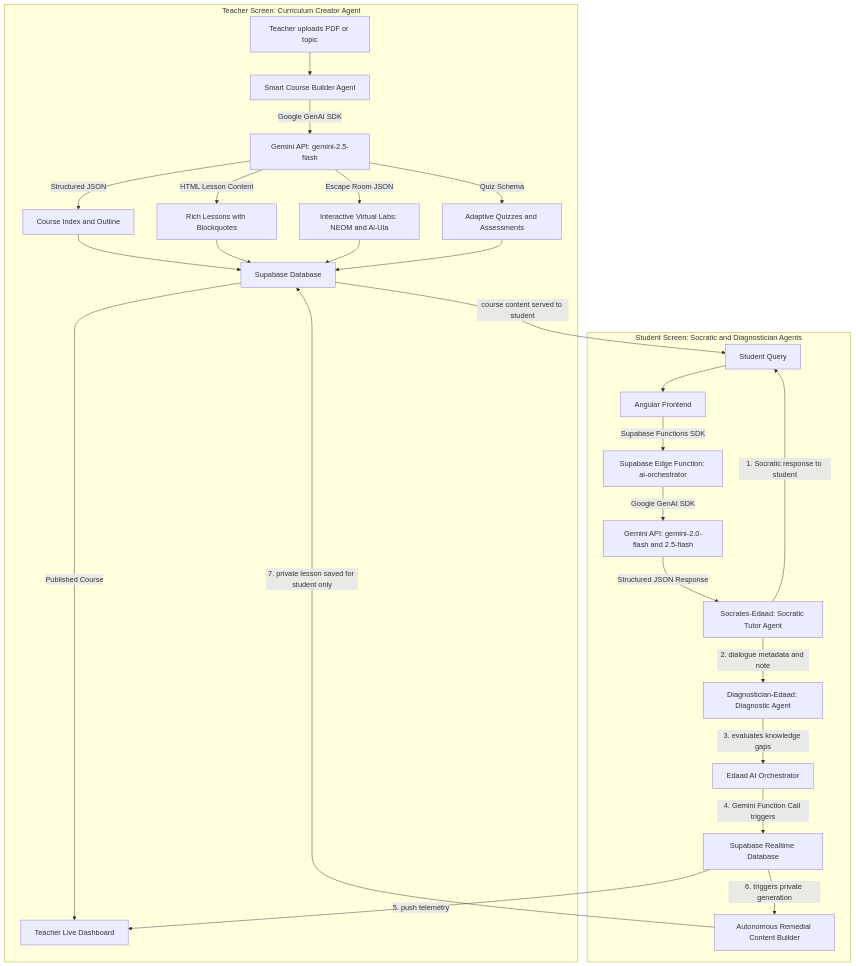
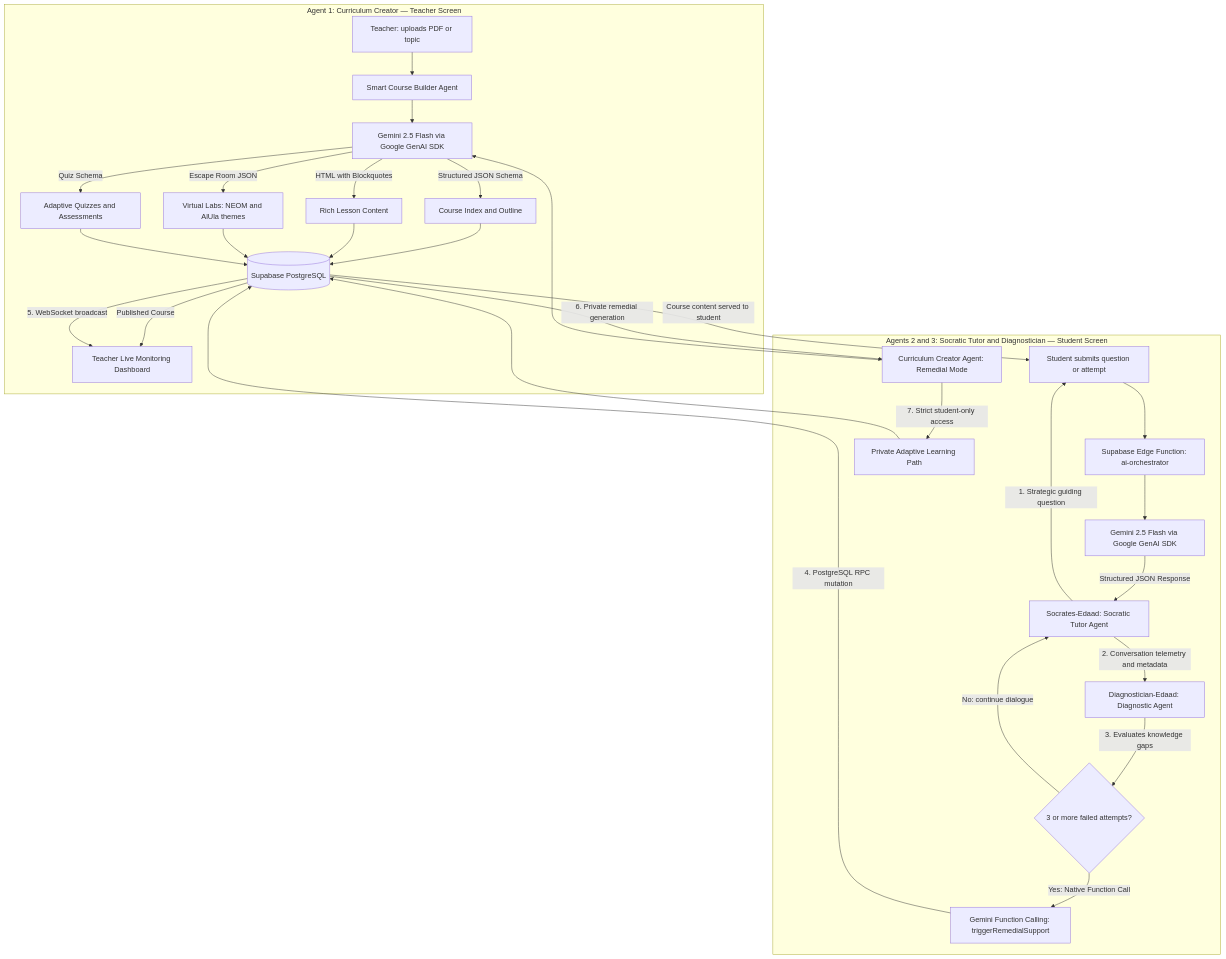
One commit to abutameemrdp/edaad-ai-agents-challenge changed the diagram in README.md. Above: the diagram before and after it, drawn with Mermaid. The commit also changed other lines of this file and 1 other file, not shown here.

Commit message:
feat: complete rewrite - Gemini 2.5 Flash engine, Gemini 3.0 ready, full agent deep-dive, production security standards

````diff
--- a/README.md
+++ b/README.md
@@ -16,32 +23,35 @@
 ```mermaid
 graph TD
-    subgraph TeacherAgent [" Teacher Screen: Curriculum Creator Agent "]
-        Teacher[Teacher uploads PDF or topic] --> CourseBuilder[Smart Course Builder Agent]
-        CourseBuilder -->|Google GenAI SDK| GeminiCB[Gemini API: gemini-2.5-flash]
-        GeminiCB -->|Structured JSON| CourseIndex[Course Index and Outline]
-        GeminiCB -->|HTML Lesson Content| Lessons[Rich Lessons with Blockquotes]
-        GeminiCB -->|Escape Room JSON| Labs[Interactive Virtual Labs: NEOM and Al-Ula]
+    subgraph TeacherAgent [" Agent 1: Curriculum Creator — Teacher Screen "]
+        Teacher[Teacher: uploads PDF or topic] --> CourseBuilder[Smart Course Builder Agent]
+        CourseBuilder --> GeminiCB[Gemini 2.5 Flash via Google GenAI SDK]
+        GeminiCB -->|Structured JSON Schema| CourseIndex[Course Index and Outline]
+        GeminiCB -->|HTML with Blockquotes| Lessons[Rich Lesson Content]
+        GeminiCB -->|Escape Room JSON| Labs[Virtual Labs: NEOM and AlUla themes]
         GeminiCB -->|Quiz Schema| Quizzes[Adaptive Quizzes and Assessments]
-        CourseIndex --> DB[Supabase Database]
+        CourseIndex --> DB[(Supabase PostgreSQL)]
         Lessons --> DB
         Labs --> DB
         Quizzes --> DB
-        DB -->|Published Course| TeacherDashboard[Teacher Live Dashboard]
+        DB -->|Published Course| TeacherDashboard[Teacher Live Monitoring Dashboard]
     end
 
-    subgraph StudentAgent [" Student Screen: Socratic and Diagnostician Agents "]
-        Student[Student Query] --> Angular[Angular Frontend]
-        Angular -->|Supabase Functions SDK| EdgeFn[Supabase Edge Function: ai-orchestrator]
-        EdgeFn -->|Google GenAI SDK| Gemini[Gemini API: gemini-2.0-flash and 2.5-flash]
+    subgraph StudentAgent [" Agents 2 and 3: Socratic Tutor and Diagnostician — Student Screen "]
+        Student[Student submits question or attempt] --> EdgeFn[Supabase Edge Function: ai-orchestrator]
+        EdgeFn --> Gemini[Gemini 2.5 Flash via Google GenAI SDK]
         Gemini -->|Structured JSON Response| Socrates[Socrates-Edaad: Socratic Tutor Agent]
-        Socrates -->|1. Socratic response to student| Student
-        Socrates -->|2. dialogue metadata and note| Diagnostician[Diagnostician-Edaad: Diagnostic Agent]
-        Diagnostician -->|3. evaluates knowledge gaps| Orchestrator[Edaad AI Orchestrator]
-        Orchestrator -->|4. Gemini Function Call triggers| Supabase[Supabase Realtime Database]
-        Supabase -->|5. push telemetry| TeacherDashboard
-        Supabase -->|6. triggers private generation| RemedialBuilder[Autonomous Remedial Content Builder]
-        RemedialBuilder -->|7. private lesson saved for student only| DB
+        Socrates -->|1. Strategic guiding question| Student
+        Socrates -->|2. Conversation telemetry and metadata| Diagnostician[Diagnostician-Edaad: Diagnostic Agent]
+        Diagnostician -->|3. Evaluates knowledge gaps| GapCheck{3 or more failed attempts?}
+        GapCheck -->|Yes: Native Function Call| ToolCall[Gemini Function Calling: triggerRemedialSupport]
+        GapCheck -->|No: continue dialogue| Socrates
+        ToolCall -->|4. PostgreSQL RPC mutation| DB
+        DB -->|5. WebSocket broadcast| TeacherDashboard
+        DB -->|6. Private remedial generation| RemedialBuilder[Curriculum Creator Agent: Remedial Mode]
+        RemedialBuilder --> GeminiCB
+        RemedialBuilder -->|7. Strict student-only access| PrivatePath[Private Adaptive Learning Path]
+        PrivatePath --> DB
     end
 
-    DB -->|course content served to student| Student
+    DB -->|Course content served to student| Student
 ```
````
